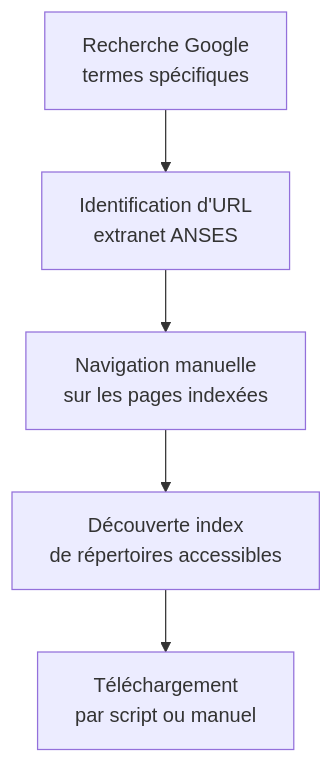
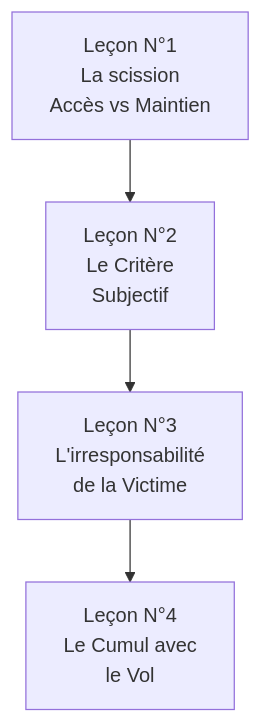
The second of 2 diagrams in docs/cursus-forensic/01-cycle-0-fondations/module-1-legislation/11-affaire-bluetouff.md (zyrass/omnydocs), drawn with Mermaid before and after one commit. The commit also changed other lines of this file and 171 other files, not shown here.

````diff
--- a/docs/cursus-forensic/01-cycle-0-fondations/module-1-legislation/11-affaire-bluetouff.md
+++ b/docs/cursus-forensic/01-cycle-0-fondations/module-1-legislation/11-affaire-bluetouff.md
@@ -95,7 +124,6 @@
 ```mermaid
 flowchart TB
-    A[Recherche Google<br>termes spécifiques] --> B[Identification d'URL<br>extranet ANSES]
-    B --> C[Navigation manuelle<br>sur les pages indexées]
-    C --> D[Découverte index<br>de répertoires accessibles]
-    D --> E[Téléchargement<br>par script ou manuel]
+    A["Leçon N°1<br>La scission<br>Accès vs Maintien"] --> B["Leçon N°2<br>Le Critère<br>Subjectif"]
+    B --> C["Leçon N°3<br>L'irresponsabilité<br>de la Victime"]
+    C --> D["Leçon N°4<br>Le Cumul avec<br>le Vol"]
 ```
````
